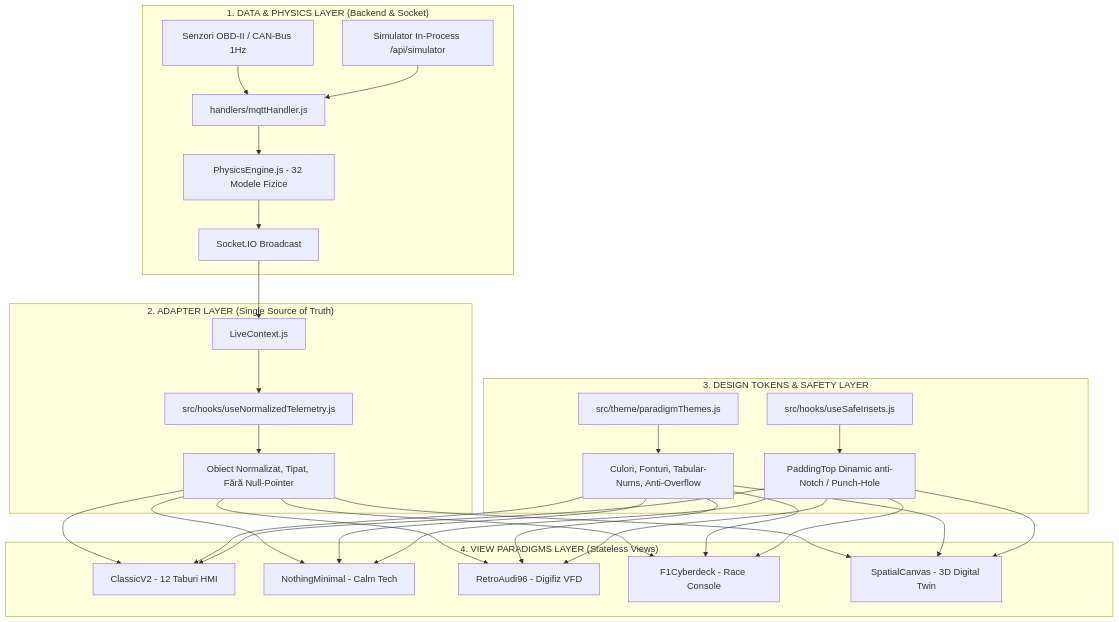
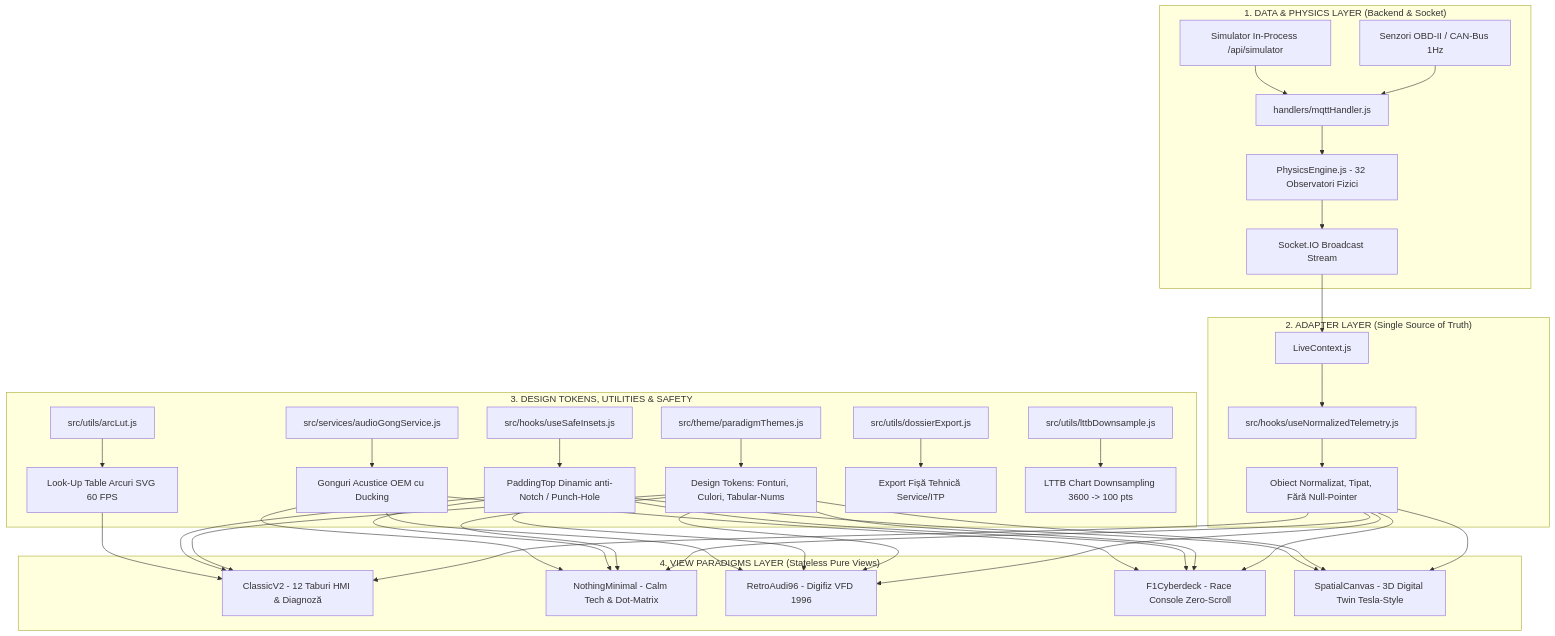
One commit to GreenMob69/App-for-me changed the diagram in DOCUMENTATIE_FRONTEND_MULTI_PARADIGMA_V3.md. Above: the diagram before and after it, drawn with Mermaid. The commit also changed other lines of this file, not shown here.

````diff
--- a/DOCUMENTATIE_FRONTEND_MULTI_PARADIGMA_V3.md
+++ b/DOCUMENTATIE_FRONTEND_MULTI_PARADIGMA_V3.md
@@ -23,28 +23,32 @@
 ```mermaid
 flowchart TD
     subgraph Layer1 ["1. DATA & PHYSICS LAYER (Backend & Socket)"]
         RawOBD[Senzori OBD-II / CAN-Bus 1Hz] --> Ingestion[handlers/mqttHandler.js]
         Sim[Simulator In-Process /api/simulator] --> Ingestion
-        Ingestion --> Physics[PhysicsEngine.js - 32 Modele Fizice]
-        Physics --> SocketStream[Socket.IO Broadcast]
+        Ingestion --> Physics[PhysicsEngine.js - 32 Observatori Fizici]
+        Physics --> SocketStream[Socket.IO Broadcast Stream]
     end
 
     subgraph Layer2 ["2. ADAPTER LAYER (Single Source of Truth)"]
         SocketStream --> LiveContext[LiveContext.js]
         LiveContext --> TelemetryAdapter[src/hooks/useNormalizedTelemetry.js]
         TelemetryAdapter --> SafeData[Obiect Normalizat, Tipat, Fără Null-Pointer]
     end
 
-    subgraph Layer3 ["3. DESIGN TOKENS & SAFETY LAYER"]
-        ThemeRegistry[src/theme/paradigmThemes.js] --> Tokens[Culori, Fonturi, Tabular-Nums, Anti-Overflow]
+    subgraph Layer3 ["3. DESIGN TOKENS, UTILITIES & SAFETY"]
+        ThemeRegistry[src/theme/paradigmThemes.js] --> Tokens[Design Tokens: Fonturi, Culori, Tabular-Nums]
         SafeAreaHelper[src/hooks/useSafeInsets.js] --> Insets[PaddingTop Dinamic anti-Notch / Punch-Hole]
+        AudioService[src/services/audioGongService.js] --> Chimes[Gonguri Acustice OEM cu Ducking]
+        LutService[src/utils/arcLut.js] --> ArcLut[Look-Up Table Arcuri SVG 60 FPS]
+        DossierUtil[src/utils/dossierExport.js] --> Dossier[Export Fișă Tehnică Service/ITP]
+        LttbUtil[src/utils/lttbDownsample.js] --> Lttb[LTTB Chart Downsampling 3600 -> 100 pts]
     end
 
-    subgraph Layer4 ["4. VIEW PARADIGMS LAYER (Stateless Views)"]
-        SafeData & Tokens & Insets --> P1[ClassicV2 - 12 Taburi HMI]
-        SafeData & Tokens & Insets --> P2[NothingMinimal - Calm Tech]
-        SafeData & Tokens & Insets --> P3[RetroAudi96 - Digifiz VFD]
-        SafeData & Tokens & Insets --> P4[F1Cyberdeck - Race Console]
-        SafeData & Tokens & Insets --> P5[SpatialCanvas - 3D Digital Twin]
+    subgraph Layer4 ["4. VIEW PARADIGMS LAYER (Stateless Pure Views)"]
+        SafeData & Tokens & Insets & ArcLut --> P1[ClassicV2 - 12 Taburi HMI & Diagnoză]
+        SafeData & Tokens & Insets & Chimes --> P2[NothingMinimal - Calm Tech & Dot-Matrix]
+        SafeData & Tokens & Insets & Chimes --> P3[RetroAudi96 - Digifiz VFD 1996]
+        SafeData & Tokens & Insets & Chimes --> P4[F1Cyberdeck - Race Console Zero-Scroll]
+        SafeData & Tokens & Insets --> P5[SpatialCanvas - 3D Digital Twin Tesla-Style]
     end
 ```
````
